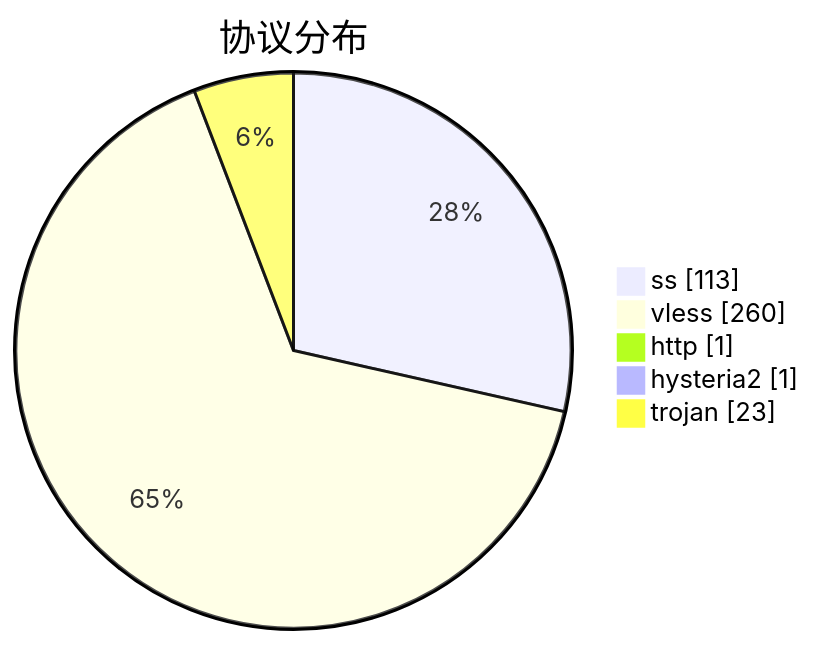
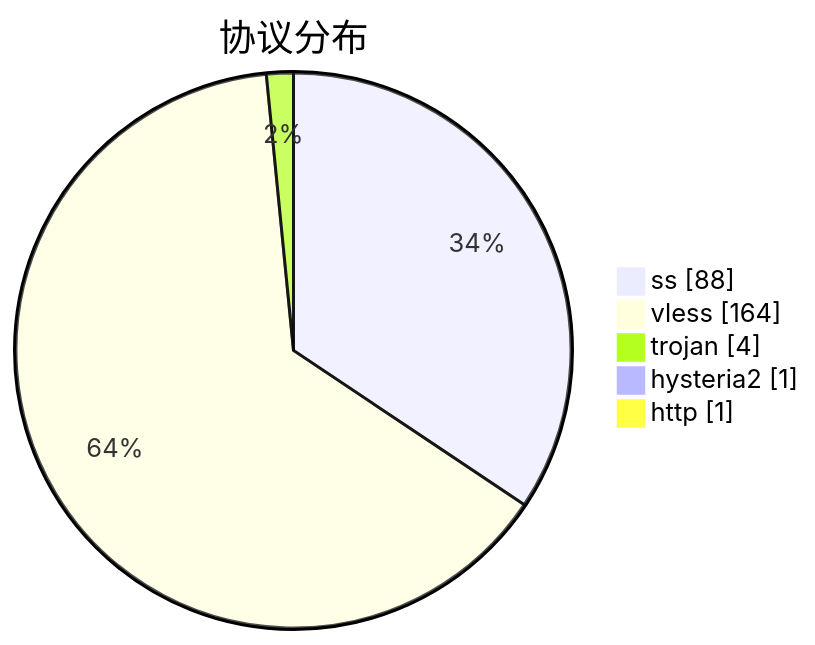
One commit to qjlxg/airport changed the third of 3 diagrams in subs/statistics/tested_within.md. Above: the diagram before and after it, drawn with Mermaid. The commit also changed other lines of this file and 2 other files, not shown here.

````diff
--- a/subs/statistics/tested_within.md
+++ b/subs/statistics/tested_within.md
@@ -34,9 +17,9 @@
 ```mermaid
 pie showData
 title 协议分布
-"ss" : 113
-"vless" : 260
+"ss" : 88
+"vless" : 164
+"trojan" : 4
+"hysteria2" : 1
 "http" : 1
-"hysteria2" : 1
-"trojan" : 23
 ```
````
